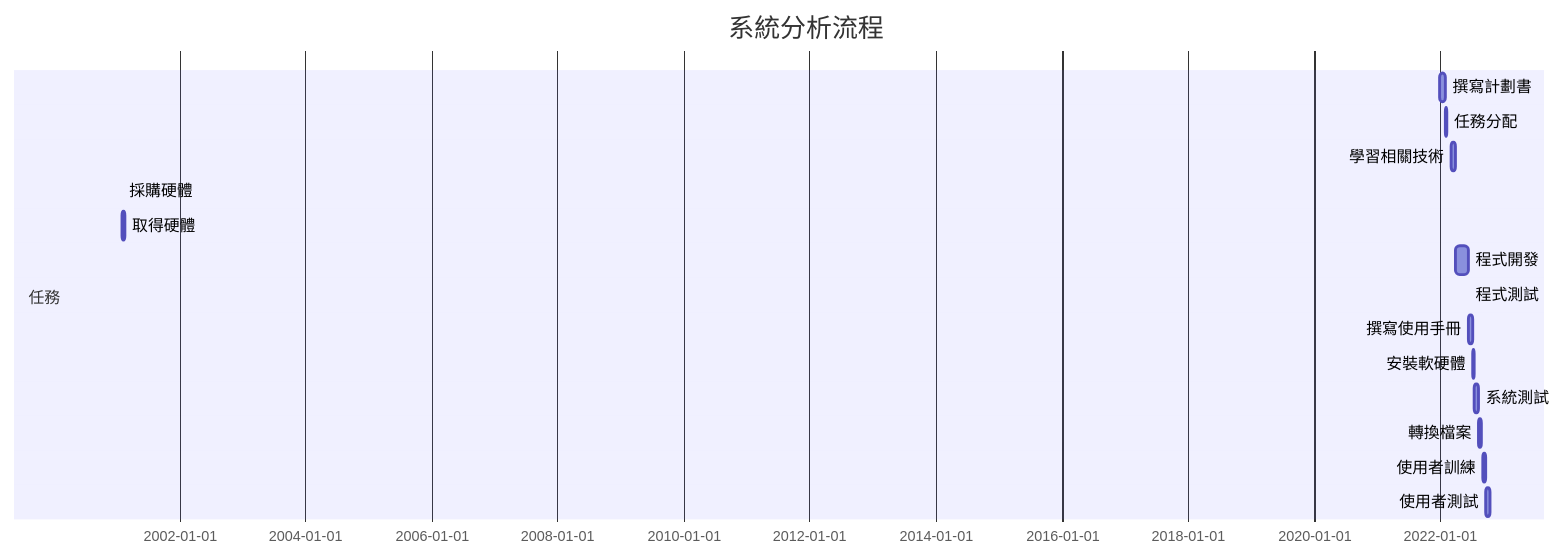
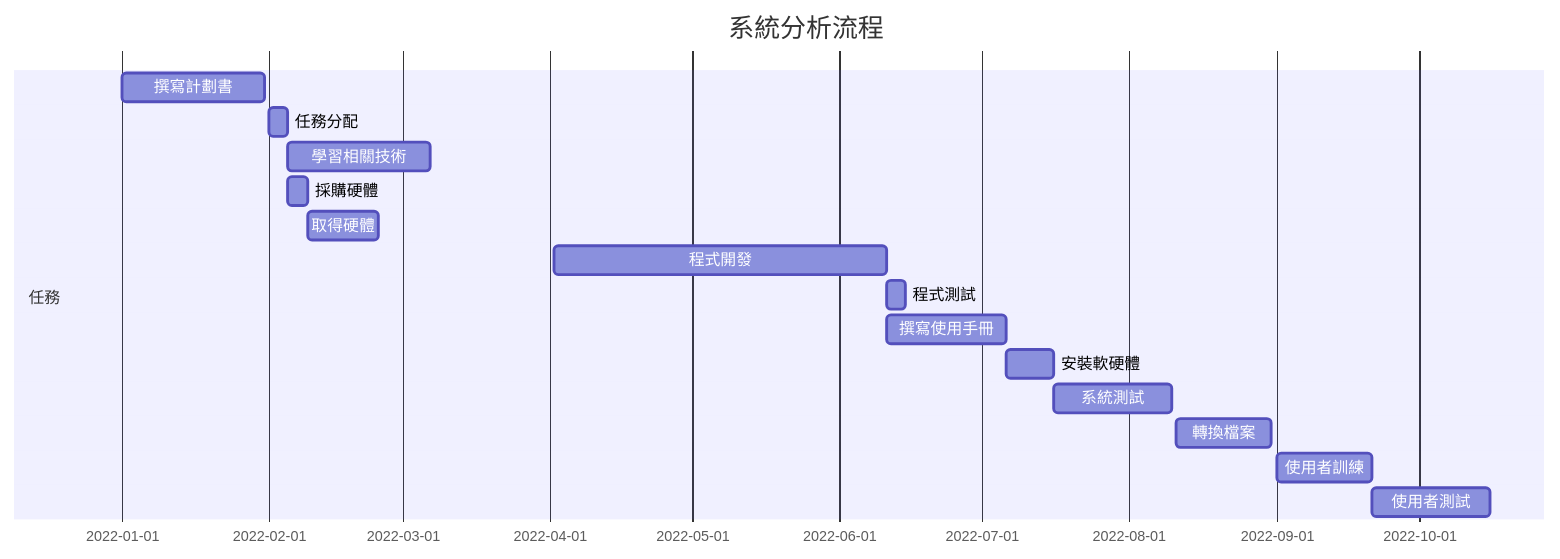
The diagram in README.md (EricLin121/System_First), drawn with Mermaid before and after one commit.

Commit message:
edit gantt

````diff
--- a/README.md
+++ b/README.md
@@ -40,21 +40,21 @@
 ```mermaid
 
 gantt
     title 系統分析流程
     dateFormat  MM-DD
     section 任務
     撰寫計劃書 : a1, 01-01, 30d
     任務分配 : a2, 02-01, 4d
-    學習相關技術 : a3, 03-03, 30d
-    採購硬體 : a4, 02-5, 4d
-    取得硬體 : a5, 02-9, 15d
+    學習相關技術 : a3, 02-05, 30d
+    採購硬體 : a4, 02-05, 4d
+    取得硬體 : a5, 02-09, 15d
     程式開發 : a6, 04-02, 70d
     程式測試 : a7, 06-11, 4d
     撰寫使用手冊 : a8, 06-11, 25d
     安裝軟硬體 : a9, 07-06, 10d
     系統測試 : a10, 07-16, 25d
     轉換檔案 : a11, 08-11, 20d
     使用者訓練 : a12, 09-01, 20d
     使用者測試 : a13, 09-21, 25d
 
 ```
````
